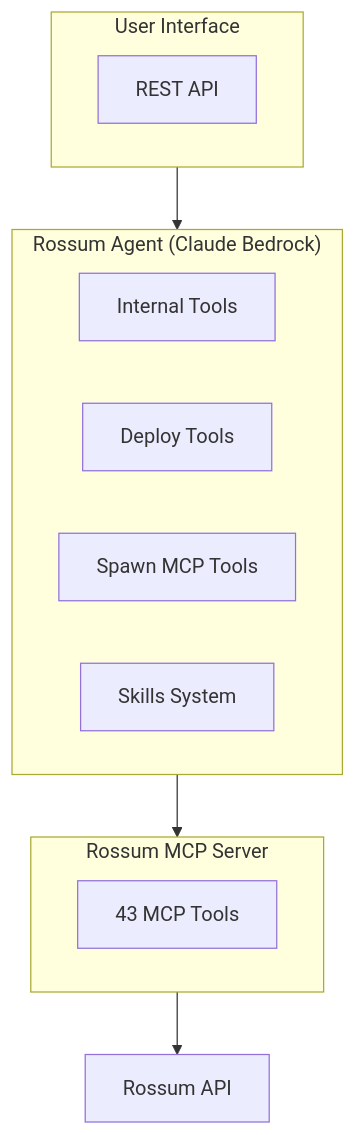
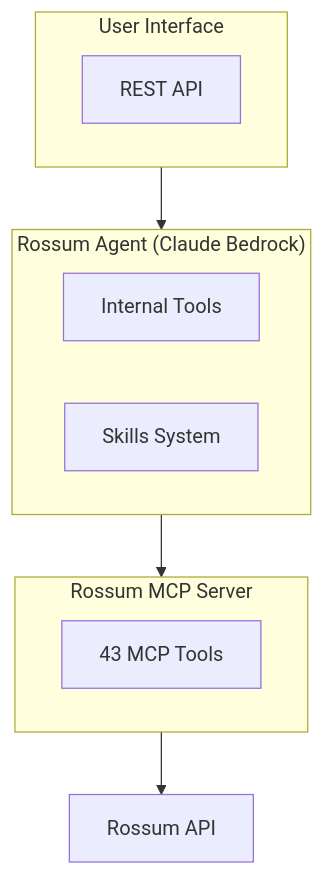
One commit to stancld/rossum-agents changed the diagram in rossum-agent/README.md. Above: the diagram before and after it, drawn with Mermaid. The commit also changed other lines of this file and 40 other files, not shown here.

````diff
--- a/rossum-agent/README.md
+++ b/rossum-agent/README.md
@@ -196,23 +182,21 @@
 ```mermaid
 flowchart TB
     subgraph UI["User Interface"]
         A[REST API]
     end
 
     subgraph Agent["Rossum Agent (Claude Bedrock)"]
         IT[Internal Tools]
-        DT[Deploy Tools]
-        MT[Spawn MCP Tools]
         SK[Skills System]
     end
 
     subgraph MCP["Rossum MCP Server"]
         Tools[43 MCP Tools]
     end
 
     API[Rossum API]
 
     UI --> Agent
     Agent --> MCP
     MCP --> API
 ```
````
